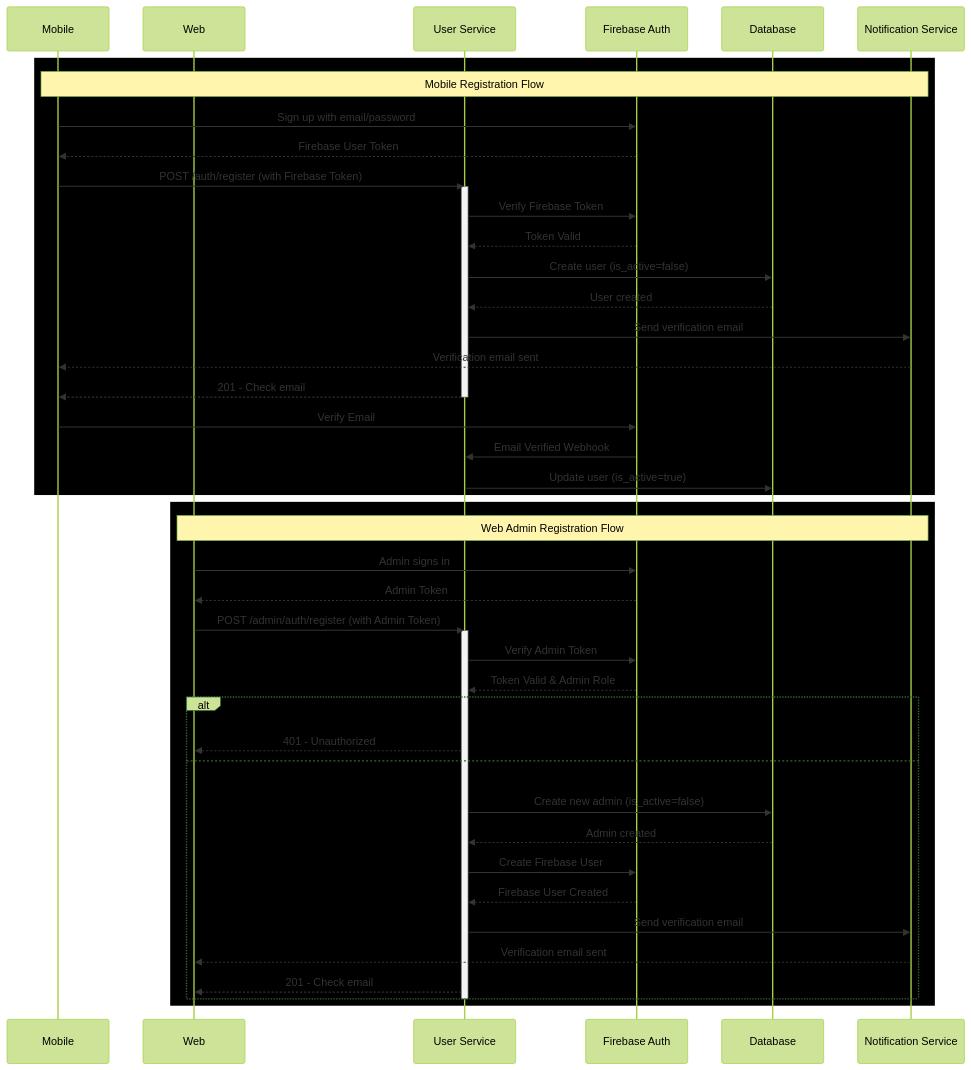
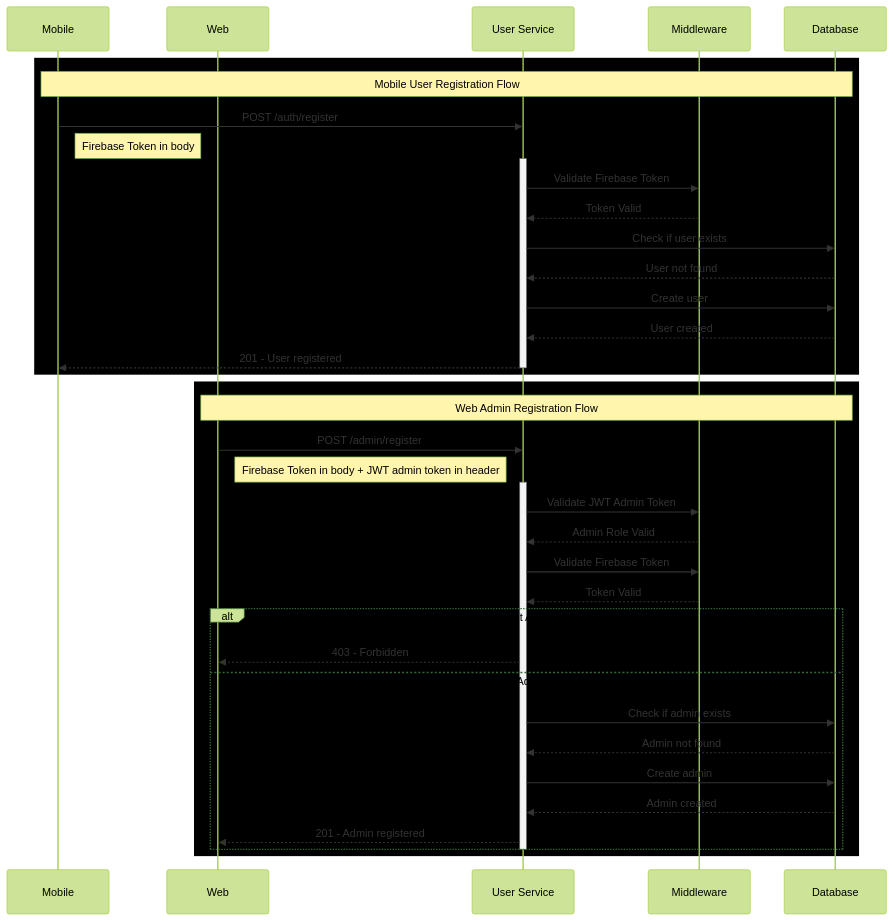
The diagram in README.md (ToughKnee/Devops-Backend-MS-User), drawn with Mermaid (forest theme) before and after one commit. The commit also changed other lines of this file and 2 other files, not shown here.

Commit message:
fix: fix response and request from api in register user and admi and update workflow diagram

````diff
--- a/README.md
+++ b/README.md
@@ -35,54 +35,50 @@
 ```mermaid
 sequenceDiagram
     participant Mobile
     participant Web
     participant US as User Service
-    participant FA as Firebase Auth
+    participant MW as Middleware
     participant DB as Database
-    participant NS as Notification Service
 
-    %% Mobile Registration
+    %% Mobile User Registration Flow
     rect rgb(0, 0, 0)
-    Note over Mobile,NS: Mobile Registration Flow
-    Mobile->>FA: Sign up with email/password
-    FA-->>Mobile: Firebase User Token
-    Mobile->>US: POST /auth/register (with Firebase Token)
+    Note over Mobile,DB: Mobile User Registration Flow
+    Mobile->>US: POST /auth/register
+    Note right of Mobile: Firebase Token in body
     activate US
-    US->>FA: Verify Firebase Token
-    FA-->>US: Token Valid
-    US->>DB: Create user (is_active=false)
+    
+    US->>MW: Validate Firebase Token
+    MW-->>US: Token Valid
+    
+    US->>DB: Check if user exists
+    DB-->>US: User not found
+    US->>DB: Create user
     DB-->>US: User created
-    US->>NS: Send verification email
-    NS-->>Mobile: Verification email sent
-    US-->>Mobile: 201 - Check email
+    US-->>Mobile: 201 - User registered
     deactivate US
-
-    Mobile->>FA: Verify Email
-    FA->>US: Email Verified Webhook
-    US->>DB: Update user (is_active=true)
     end
 
-    %% Web Admin Registration
+    %% Web Admin Registration Flow
     rect rgb(0, 0, 0)
-    Note over Web,NS: Web Admin Registration Flow
-    Web->>FA: Admin signs in
-    FA-->>Web: Admin Token
-    Web->>US: POST /admin/auth/register (with Admin Token)
+    Note over Web,DB: Web Admin Registration Flow
+    Web->>US: POST /admin/register
+    Note right of Web: Firebase Token in body + JWT admin token in header
     activate US
-    US->>FA: Verify Admin Token
-    FA-->>US: Token Valid & Admin Role
-
-    alt Not Admin
-        US-->>Web: 401 - Unauthorized
+    
+    US->>MW: Validate JWT Admin Token
+    MW-->>US: Admin Role Valid
+    US->>MW: Validate Firebase Token
+    MW-->>US: Token Valid
+    
+    alt Not Admin Role
+        US-->>Web: 403 - Forbidden
     else Is Admin
-        US->>DB: Create new admin (is_active=false)
+        US->>DB: Check if admin exists
+        DB-->>US: Admin not found
+        US->>DB: Create admin
         DB-->>US: Admin created
-        US->>FA: Create Firebase User
-        FA-->>US: Firebase User Created
-        US->>NS: Send verification email
-        NS-->>Web: Verification email sent
-        US-->>Web: 201 - Check email
+        US-->>Web: 201 - Admin registered
     end
     deactivate US
     end
 ```
````
